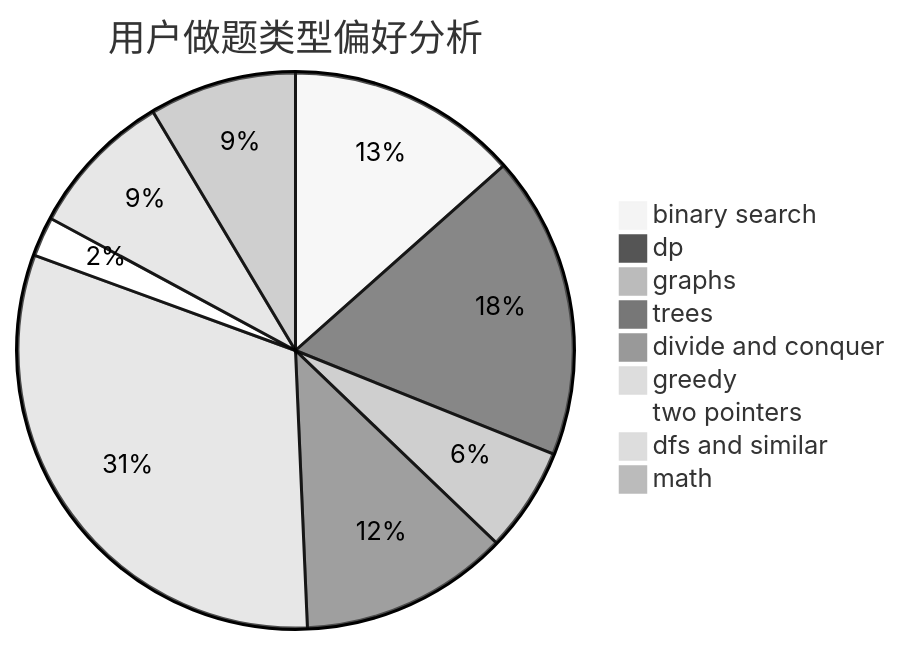
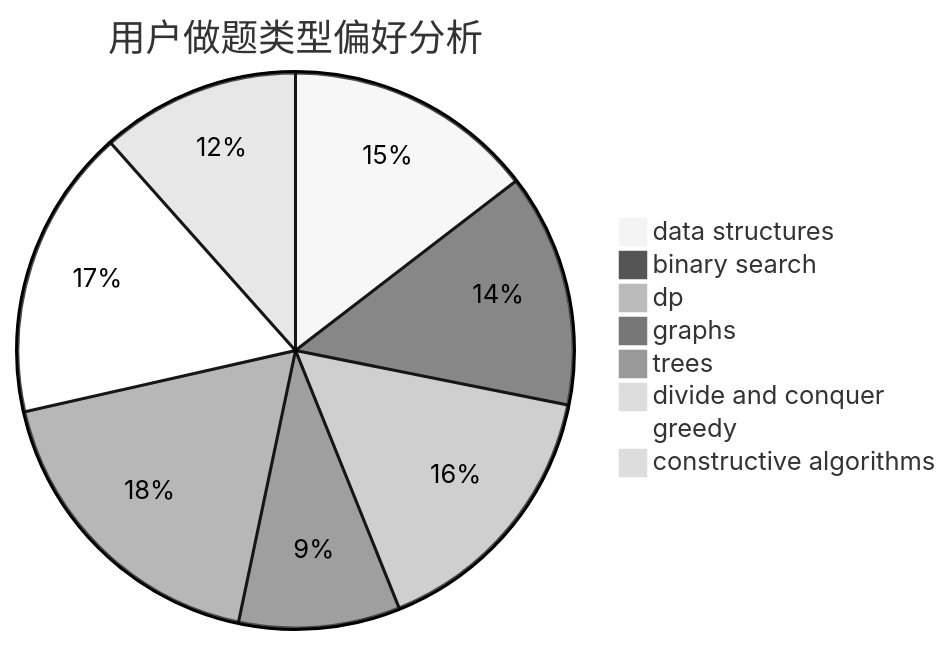
The second of 3 diagrams in docs/user/u372.md (sherpahu/cfrs.github.io), drawn with Mermaid (neutral theme) before and after one commit. The commit also changed other lines of this file and 2775 other files, not shown here.

````diff
--- a/docs/user/u372.md
+++ b/docs/user/u372.md
@@ -23,12 +23,11 @@
 ```mermaid
 pie title 用户做题类型偏好分析
-    "binary search" :  157
-    "dp" :  206
-    "graphs" :  71
-    "trees" :  142
-    "divide and conquer" :  7
-    "greedy" :  365
-    "two pointers" :  27
-    "dfs and similar" :  100
-    "math" :  100
+    "data structures" :  73
+    "binary search" :  68
+    "dp" :  79
+    "graphs" :  47
+    "trees" :  91
+    "divide and conquer" :  0
+    "greedy" :  85
+    "constructive algorithms" :  58
 ```
````
